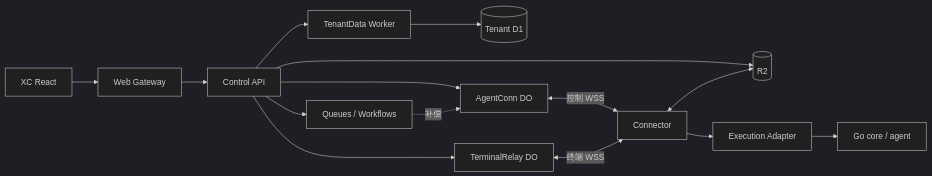
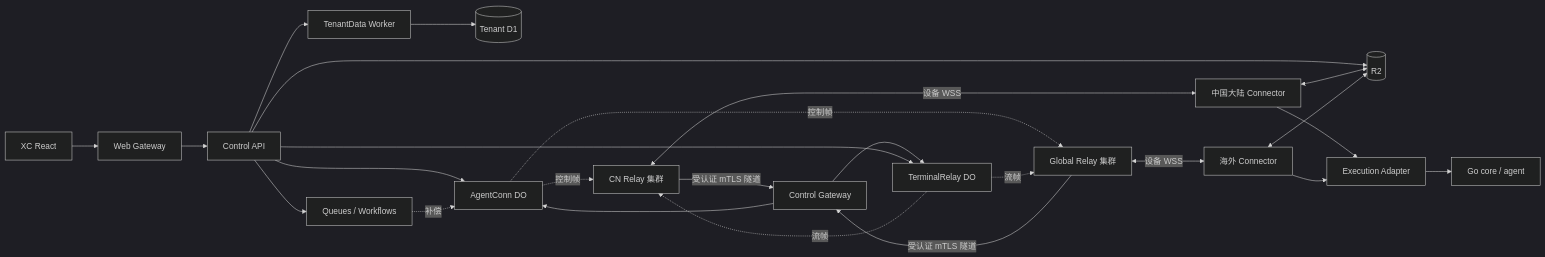
Before and after one commit to XCAngelWatch/AngelFleetPRD: the third of 15 diagrams in docs/technical-plan.md, drawn with Mermaid (dark theme). The commit also changed other lines of this file and 11 other files, not shown here.

````diff
--- a/docs/technical-plan.md
+++ b/docs/technical-plan.md
@@ -157,17 +160,31 @@
 ```mermaid
 flowchart LR
     UI[XC React] --> GW[Web Gateway]
     GW --> API[Control API]
     API --> TD[TenantData Worker]
     TD --> DB[(Tenant D1)]
-    API --> AD[AgentConn DO]
-    API --> RT[TerminalRelay DO]
+    CNR[CN Relay 集群]
+    GLR[Global Relay 集群]
+    CNC[中国大陆 Connector]
+    GLC[海外 Connector]
+    CNR -->|受认证 mTLS 隧道| CGW[Control Gateway]
+    GLR -->|受认证 mTLS 隧道| CGW
+    CGW --> AD[AgentConn DO]
+    CGW --> RT[TerminalRelay DO]
+    API --> AD
+    API --> RT
     API --> Q[Queues / Workflows]
     API --> R2[(R2)]
-    AD <-->|控制 WSS| C[Connector]
-    RT <-->|终端 WSS| C
     Q -.补偿.-> AD
-    C --> EA[Execution Adapter]
+    AD -.控制帧.-> CNR
+    AD -.控制帧.-> GLR
+    RT -.流帧.-> CNR
+    RT -.流帧.-> GLR
+    CNR <-->|设备 WSS| CNC
+    GLR <-->|设备 WSS| GLC
+    CNC --> EA[Execution Adapter]
+    GLC --> EA
     EA --> GO[Go core / agent]
-    C <--> R2
+    CNC <--> R2
+    GLC <--> R2
 ```
````
